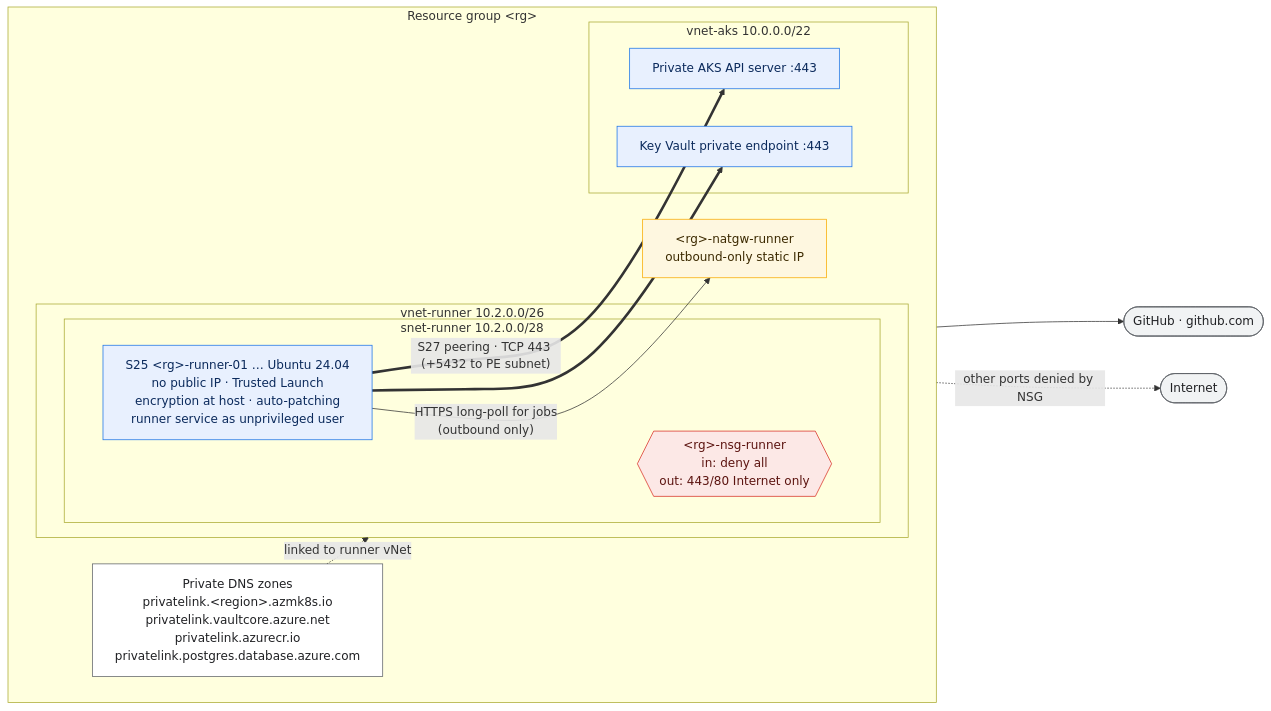
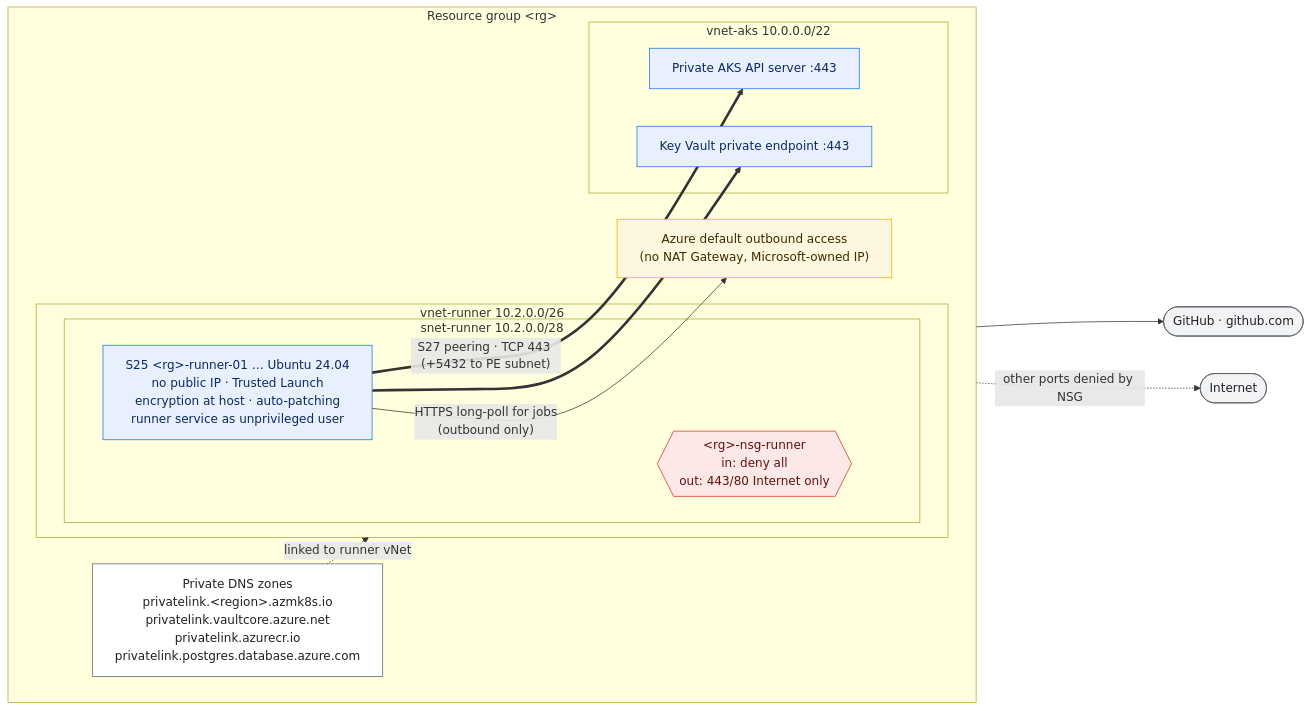
One commit to slakhani10/aks changed the fifth of 5 diagrams in docs/architecture.md. Above: the diagram before and after it, drawn with Mermaid. The commit also changed other lines of this file and 6 other files, not shown here.

First line of the commit message:
Runner: replace NAT Gateway with default outbound access

````diff
--- a/docs/architecture.md
+++ b/docs/architecture.md
@@ -237,34 +237,34 @@
 ```mermaid
 %%{init: {"flowchart": {"wrappingWidth": 360}}}%%
 flowchart LR
     classDef sec fill:#e8f0fe,stroke:#1a73e8,color:#0b2a5c
     classDef nsg fill:#fce8e6,stroke:#d93025,color:#5c1410
     classDef res fill:#ffffff,stroke:#5f6368,color:#202124
     classDef pub fill:#fef7e0,stroke:#f9ab00,color:#3c2a00
     classDef ext fill:#f1f3f4,stroke:#5f6368,color:#202124
 
     GH(["GitHub · github.com"]):::ext
     INET(["Internet"]):::ext
 
     subgraph RG["Resource group #lt;rg#gt;"]
         direction LR
         subgraph RVNET["vnet-runner 10.2.0.0/26"]
             subgraph RSUB["snet-runner 10.2.0.0/28"]
                 RNSG{{"#lt;rg#gt;-nsg-runner<br/>in: deny all<br/>out: 443/80 Internet only"}}:::nsg
                 VM["S25 #lt;rg#gt;-runner-01 … Ubuntu 24.04<br/>no public IP · Trusted Launch<br/>encryption at host · auto-patching<br/>runner service as unprivileged user"]:::sec
             end
         end
-        NAT["#lt;rg#gt;-natgw-runner<br/>outbound-only static IP"]:::pub
+        NAT["Azure default outbound access<br/>(no NAT Gateway, Microsoft-owned IP)"]:::pub
         subgraph AVNET["vnet-aks 10.0.0.0/22"]
             API["Private AKS API server :443"]:::sec
             PEKV["Key Vault private endpoint :443"]:::sec
         end
         DNS["Private DNS zones<br/>privatelink.#lt;region#gt;.azmk8s.io<br/>privatelink.vaultcore.azure.net<br/>privatelink.azurecr.io<br/>privatelink.postgres.database.azure.com"]:::res
     end
 
     VM -->|"HTTPS long-poll for jobs<br/>(outbound only)"| NAT --> GH
     NAT -.->|"other ports denied by NSG"| INET
     VM ==>|"S27 peering · TCP 443 (+5432 to PE subnet)"| API
     VM ==> PEKV
     DNS -.->|"linked to runner vNet"| RVNET
 ```
````
